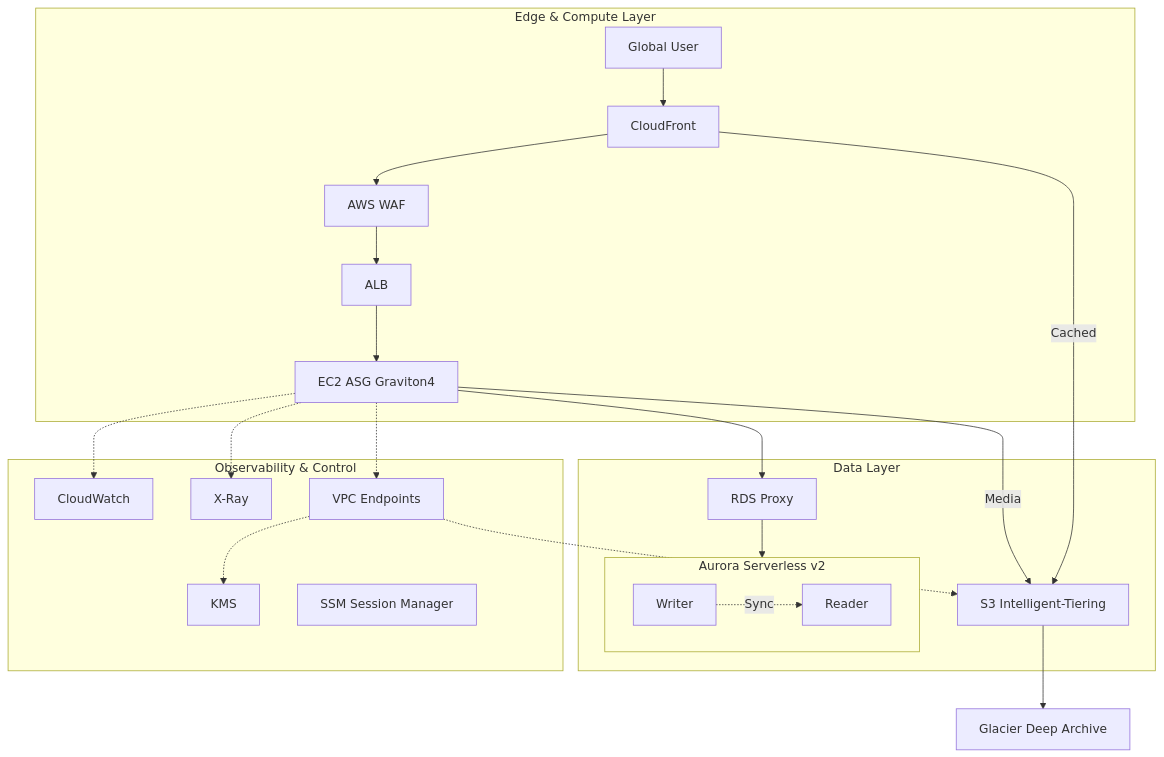
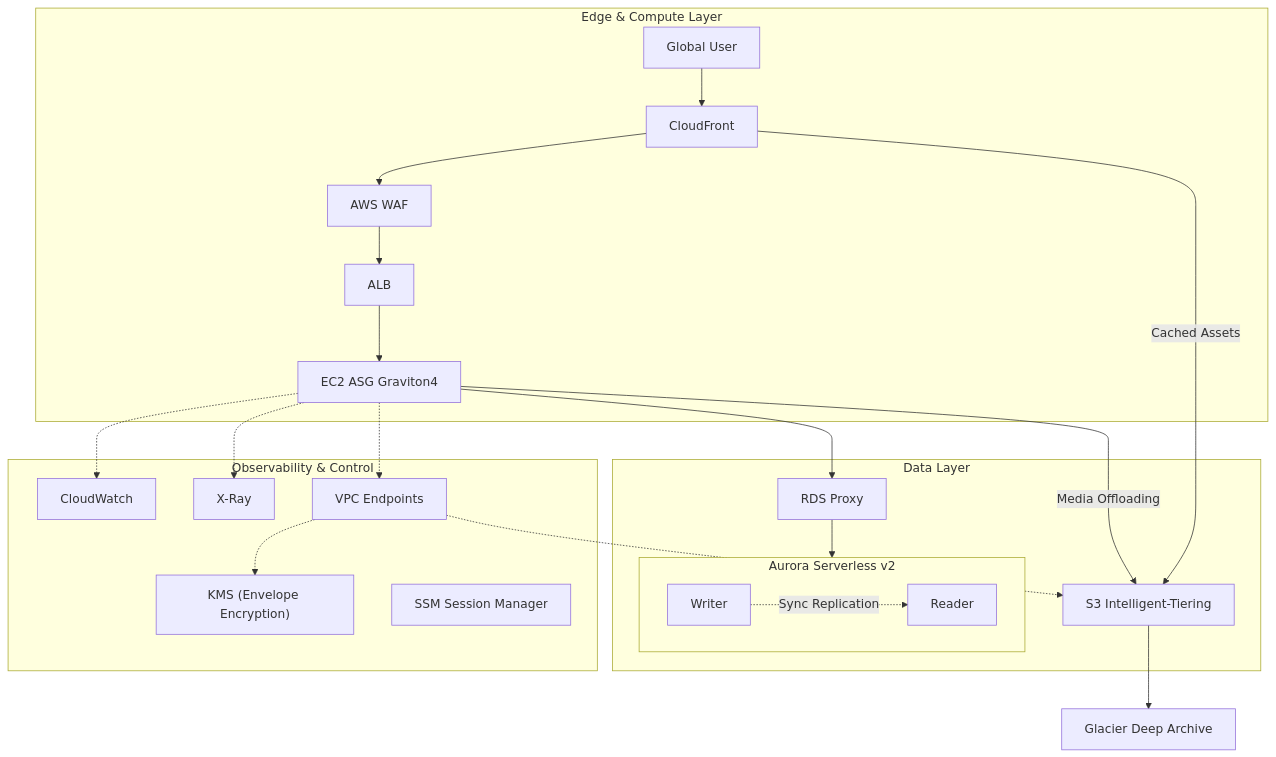
The second of 2 diagrams in Project-1-LAMP-Migration/newtest.md (Echolyy-dreamer/Cloud-Architecture-Evolution), drawn with Mermaid before and after one commit. The commit also changed other lines of this file, not shown here.

````diff
--- a/Project-1-LAMP-Migration/newtest.md
+++ b/Project-1-LAMP-Migration/newtest.md
@@ -53,46 +51,46 @@
 ```mermaid
 flowchart TB
     %% GLOBAL
     U["Global User"]
 
     %% EDGE & COMPUTE
     subgraph Edge["Edge & Compute Layer"]
         CF["CloudFront"]
         WAF["AWS WAF"]
         ALB["ALB"]
         ASG["EC2 ASG Graviton4"]
         U --> CF --> WAF --> ALB --> ASG
     end
 
     %% DATA
     subgraph Data["Data Layer"]
         S3["S3 Intelligent-Tiering"]
         RP["RDS Proxy"]
 
         subgraph Aurora["Aurora Serverless v2"]
             direction LR
-            RW["Writer"] -.->|Sync| RO["Reader"]
+            RW["Writer"] -.->|Sync Replication| RO["Reader"]
         end
 
         ASG --> RP --> Aurora
-        ASG -->|Media| S3
-        CF -->|Cached| S3
+        ASG -->|Media Offloading| S3
+        CF -->|Cached Assets| S3
     end
 
     %% OBSERVABILITY & CONTROL
     subgraph Ops["Observability & Control"]
         CW["CloudWatch"]
         XR["X-Ray"]
-        KMS["KMS"]
+        KMS["KMS (Envelope Encryption)"]
         VPCE["VPC Endpoints"]
         SSM["SSM Session Manager"]
     end
 
     %% CONTROL FLOWS
     ASG -.-> CW
     ASG -.-> XR
     ASG -.-> VPCE
     VPCE -.-> S3
     VPCE -.-> KMS
     S3 --> GA["Glacier Deep Archive"]
 ```
````
